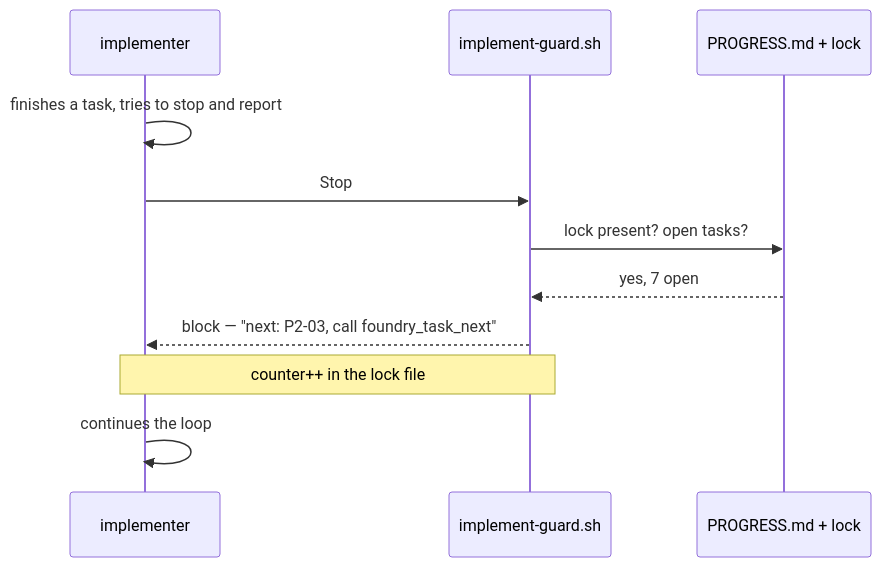
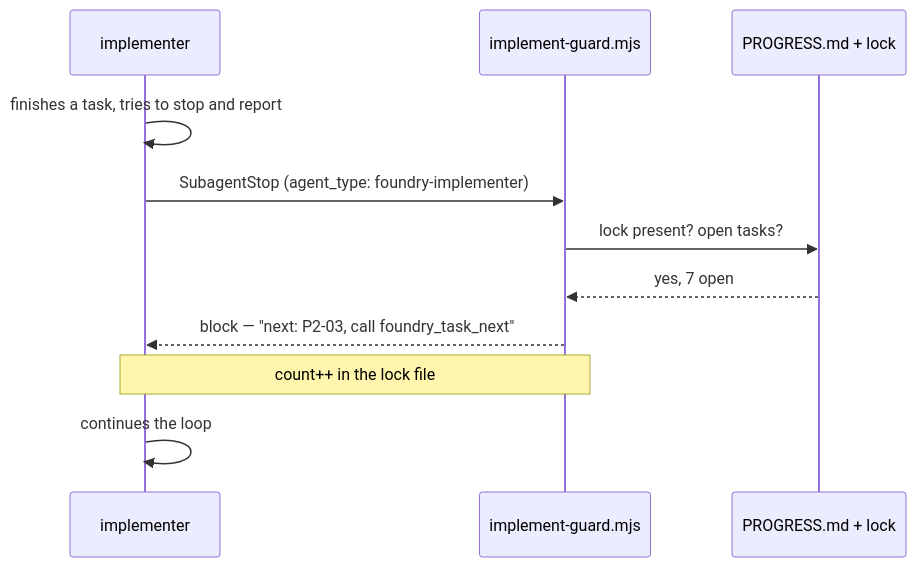
One commit to DisplaceTech/kukulu changed the fourth of 4 diagrams in docs/architecture.md. Above: the diagram before and after it, drawn with Mermaid. The commit also changed other lines of this file and 13 other files, not shown here.

````diff
--- a/docs/architecture.md
+++ b/docs/architecture.md
@@ -152,14 +160,14 @@
 ```mermaid
 sequenceDiagram
     participant IMP as implementer
-    participant HOOK as implement-guard.sh
+    participant HOOK as implement-guard.mjs
     participant DISK as PROGRESS.md + lock
 
     IMP->>IMP: finishes a task, tries to stop and report
-    IMP->>HOOK: Stop
+    IMP->>HOOK: SubagentStop (agent_type: foundry-implementer)
     HOOK->>DISK: lock present? open tasks?
     DISK-->>HOOK: yes, 7 open
     HOOK-->>IMP: block — "next: P2-03, call foundry_task_next"
-    Note over IMP,HOOK: counter++ in the lock file
+    Note over IMP,HOOK: count++ in the lock file
     IMP->>IMP: continues the loop
 ```
````
